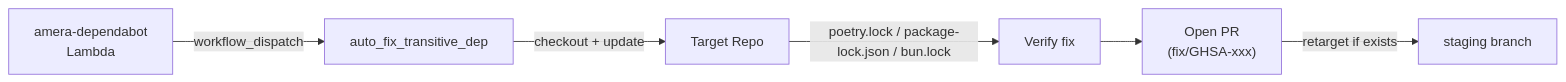
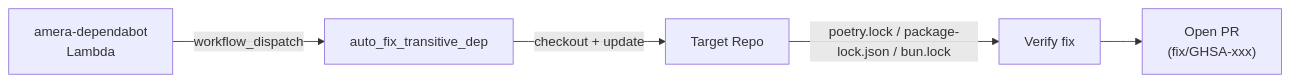
Before and after one commit to amera-apps/.github: the sixth of 6 diagrams in README.md, drawn with Mermaid. The commit also changed other lines of this file and 1 other file, not shown here.

First line of the commit message:
fix(ci): remove staging retarget from auto-fix workflow

````diff
--- a/README.md
+++ b/README.md
@@ -204,8 +204,7 @@
 ```mermaid
 graph LR
     Lambda["amera-dependabot\nLambda"] -->|"workflow_dispatch"| WF["auto_fix_transitive_dep"]
     WF -->|"checkout + update"| Repo["Target Repo"]
     Repo -->|"poetry.lock / package-lock.json / bun.lock"| Audit["Verify fix"]
     Audit --> PR["Open PR\n(fix/GHSA-xxx)"]
-    PR -->|"retarget if exists"| Staging["staging branch"]
 ```
````
